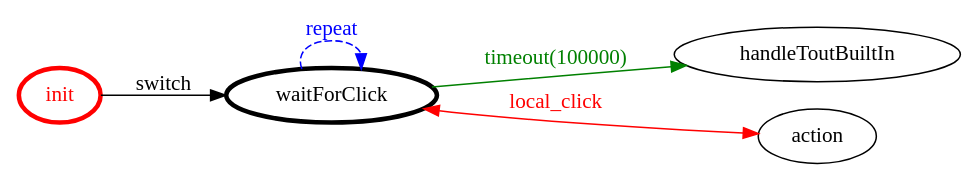
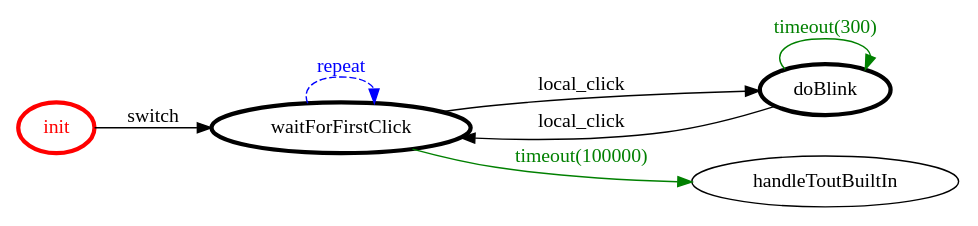
The diagram in it.unibo.bls17.naive.qa/bin/it/unibo/control/control.gv (MatteoMendula/iss2018Lab), drawn with Graphviz before and after one commit. The commit also changed 253 other files, not shown here.

```diff
--- a/it.unibo.bls17.naive.qa/bin/it/unibo/control/control.gv
+++ b/it.unibo.bls17.naive.qa/bin/it/unibo/control/control.gv
@@ -1,19 +1,22 @@
 /*
 *
 * A GraphViz DOT FSM description 
 * Please use a GraphViz visualizer (like http://www.webgraphviz.com)
 *  
 */
 
 digraph finite_state_machine {
 	rankdir=LR
 	size="8,5"
 	
 	init [ color = red ][ fontcolor = red ][ penwidth = 3 ]
-	waitForClick [ color = black ][ fontcolor = black ][ penwidth = 3 ]
+	waitForFirstClick [ color = black ][ fontcolor = black ][ penwidth = 3 ]
+	doBlink [ color = black ][ fontcolor = black ][ penwidth = 3 ]
 	
-	waitForClick -> handleToutBuiltIn [ label = "timeout(100000)" ][ color = green ][ fontcolor = green ]
-	init -> waitForClick [ label = "switch" ][ color = black ][ fontcolor = black ]
-	waitForClick -> waitForClick [ label = "repeat "][ style = dashed ][ color = blue ][ fontcolor = blue ]
-	waitForClick -> action [ label = "local_click" ][ color = red ][ fontcolor = red ][ dir = both ]
+	waitForFirstClick -> handleToutBuiltIn [ label = "timeout(100000)" ][ color = green ][ fontcolor = green ]
+	doBlink -> doBlink [ label = "timeout(300)" ][ color = green ][ fontcolor = green ]
+	init -> waitForFirstClick [ label = "switch" ][ color = black ][ fontcolor = black ]
+	waitForFirstClick -> waitForFirstClick [ label = "repeat "][ style = dashed ][ color = blue ][ fontcolor = blue ]
+	waitForFirstClick -> doBlink [ label = "local_click" ][ color = black ][ fontcolor = black ]
+	doBlink -> waitForFirstClick [ label = "local_click" ][ color = black ][ fontcolor = black ]
 }
```
